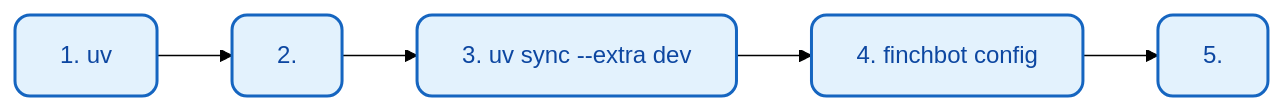
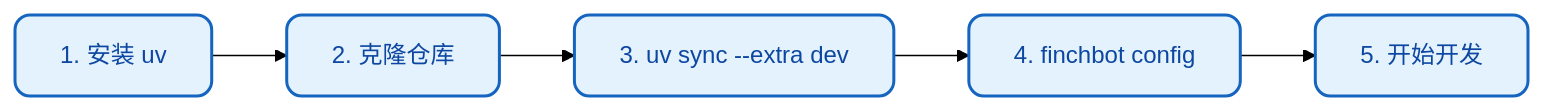
Before and after one commit to xt765/FinchBot: the first of 3 diagrams in docs/zh-CN/development.md, drawn with Mermaid (forest theme). The commit also changed other lines of this file and 10 other files, not shown here.

````diff
--- a/docs/zh-CN/development.md
+++ b/docs/zh-CN/development.md
@@ -62,9 +62,9 @@
 ```mermaid
 flowchart LR
     classDef step fill:#e3f2fd,stroke:#1565c0,stroke-width:2px,color:#0d47a1,rx:10,ry:10;
 
-    A["1.  uv"]:::step --> B["2. "]:::step
+    A["1. 安装 uv"]:::step --> B["2. 克隆仓库"]:::step
     B --> C["3. uv sync --extra dev"]:::step
     C --> D["4. finchbot config"]:::step
-    D --> E["5. "]:::step
+    D --> E["5. 开始开发"]:::step
 ```
````
